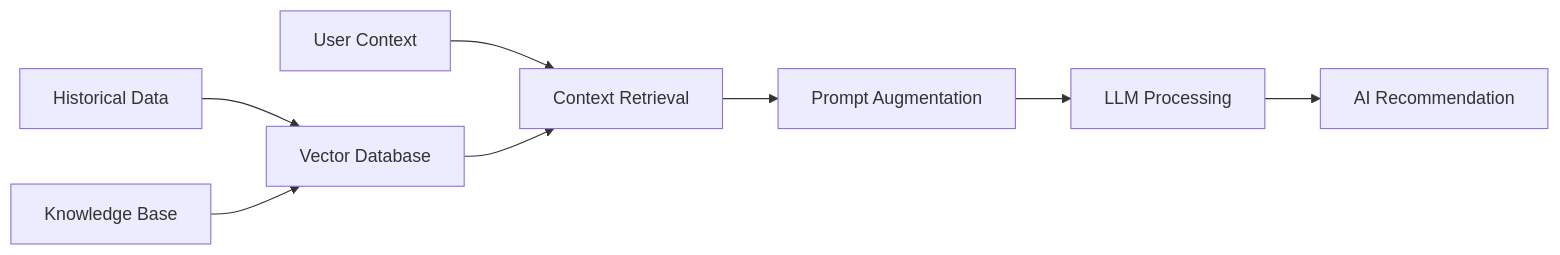
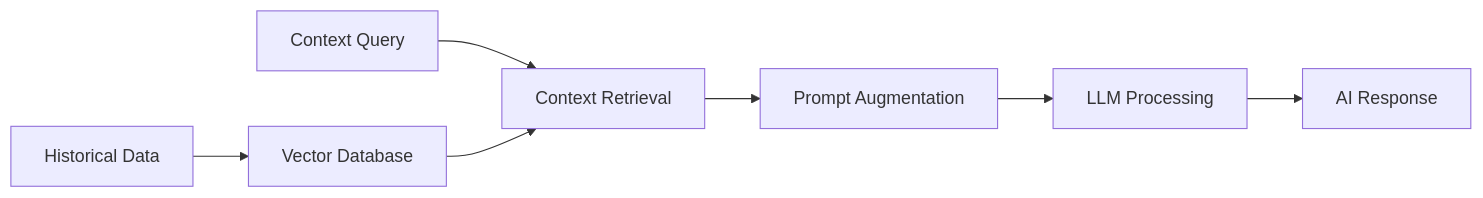
One commit to NiteshSingh-Luckyperson/enterprise-agentic-ai-platform changed the third of 3 diagrams in README.md. Above: the diagram before and after it, drawn with Mermaid. The commit also changed other lines of this file, not shown here.

````diff
--- a/README.md
+++ b/README.md
@@ -243,22 +319,20 @@
 ```mermaid
 flowchart LR
 
 DATA[Historical Data]
-KB[Knowledge Base]
 VECTOR[Vector Database]
+QUERY[Context Query]
 
-QUERY[User Context]
 RETRIEVE[Context Retrieval]
 PROMPT[Prompt Augmentation]
 LLM[LLM Processing]
-RESULT[AI Recommendation]
+RESULT[AI Response]
 
 DATA --> VECTOR
-KB --> VECTOR
-
 QUERY --> RETRIEVE
 VECTOR --> RETRIEVE
+
 RETRIEVE --> PROMPT
 PROMPT --> LLM
 LLM --> RESULT
 ```
````
